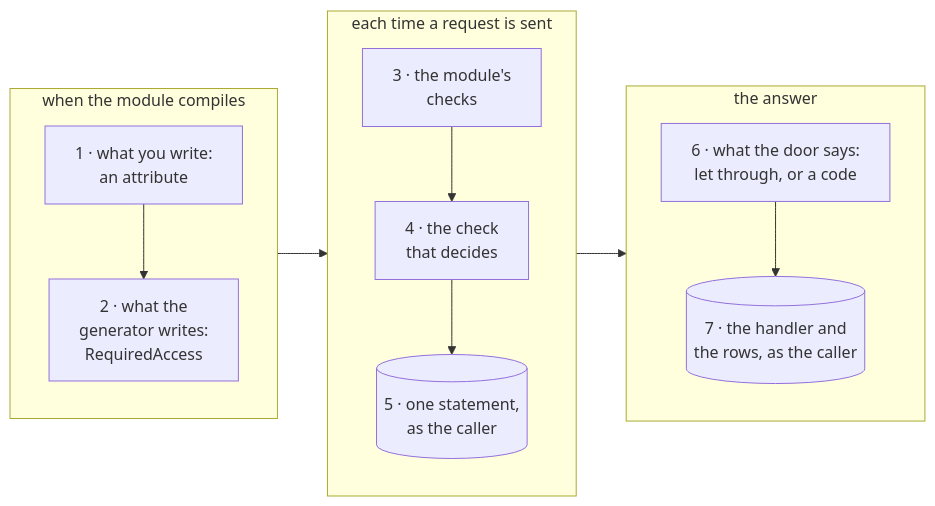
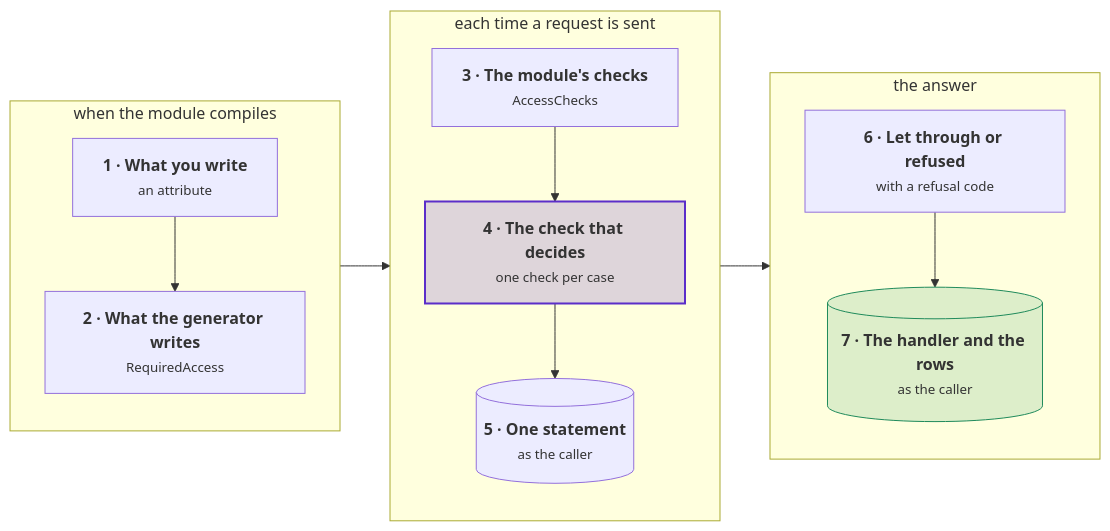
Before and after one commit to DylanSnel/DDDToolkit: the first of 6 diagrams in docs/how-a-request-is-checked.md, drawn with Mermaid. The commit also changed other lines of this file and 41 other files, not shown here.

First line of the commit message:
Docs: plain prose, one word per concept, and readable diagrams on every page

````diff
--- a/docs/how-a-request-is-checked.md
+++ b/docs/how-a-request-is-checked.md
@@ -19,16 +23,20 @@
 ```mermaid
 flowchart LR
     subgraph compiles ["when the module compiles"]
         direction TB
-        Write["1 · what you write:<br/>an attribute"] --> Generated["2 · what the<br/>generator writes:<br/>RequiredAccess"]
+        Write["<b>1 · What you write</b><br/><small>an attribute</small>"] --> Generated["<b>2 · What the generator writes</b><br/><small>RequiredAccess</small>"]
     end
     subgraph sent ["each time a request is sent"]
         direction TB
-        Set["3 · the module's<br/>checks"] --> Check["4 · the check<br/>that decides"] --> Statement[("5 · one statement,<br/>as the caller")]
+        Set["<b>3 · The module's checks</b><br/><small>AccessChecks</small>"] --> Check["<b>4 · The check that decides</b><br/><small>one check per case</small>"] --> Statement[("<b>5 · One statement</b><br/><small>as the caller</small>")]
     end
     subgraph answered ["the answer"]
         direction TB
-        Door["6 · what the door says:<br/>let through, or a code"] --> Rows[("7 · the handler and<br/>the rows, as the caller")]
+        Answer["<b>6 · Let through or refused</b><br/><small>with a refusal code</small>"] --> Rows[("<b>7 · The handler and the rows</b><br/><small>as the caller</small>")]
     end
     compiles --> sent --> answered
+    classDef strong fill:#5b2ec933,stroke:#5b2ec9,stroke-width:2px
+    classDef good fill:#1f8a5b26,stroke:#1f8a5b
+    class Check strong
+    class Rows good
 ```
````
